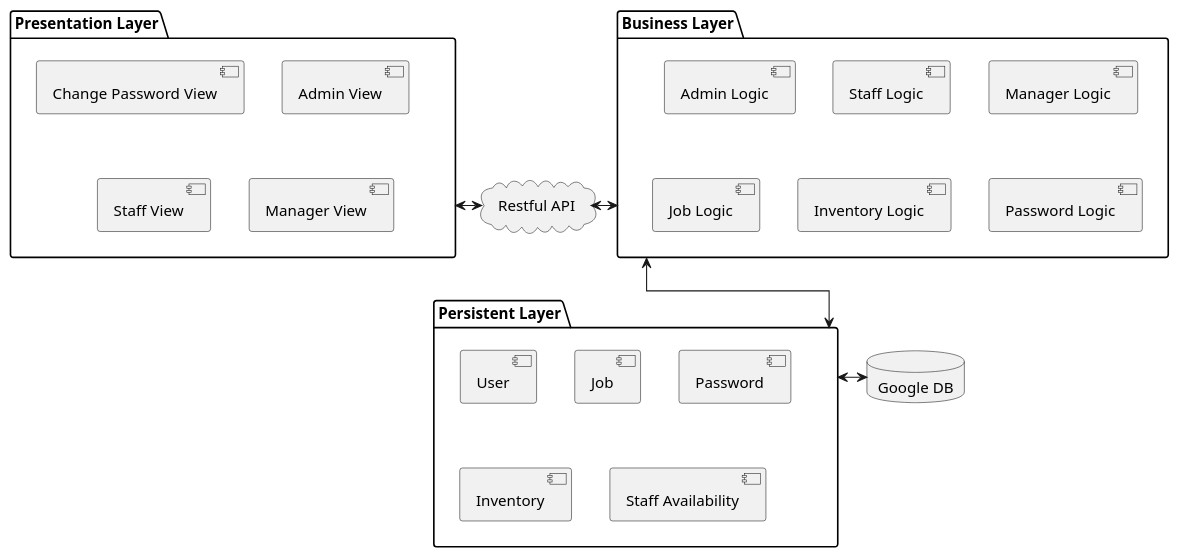
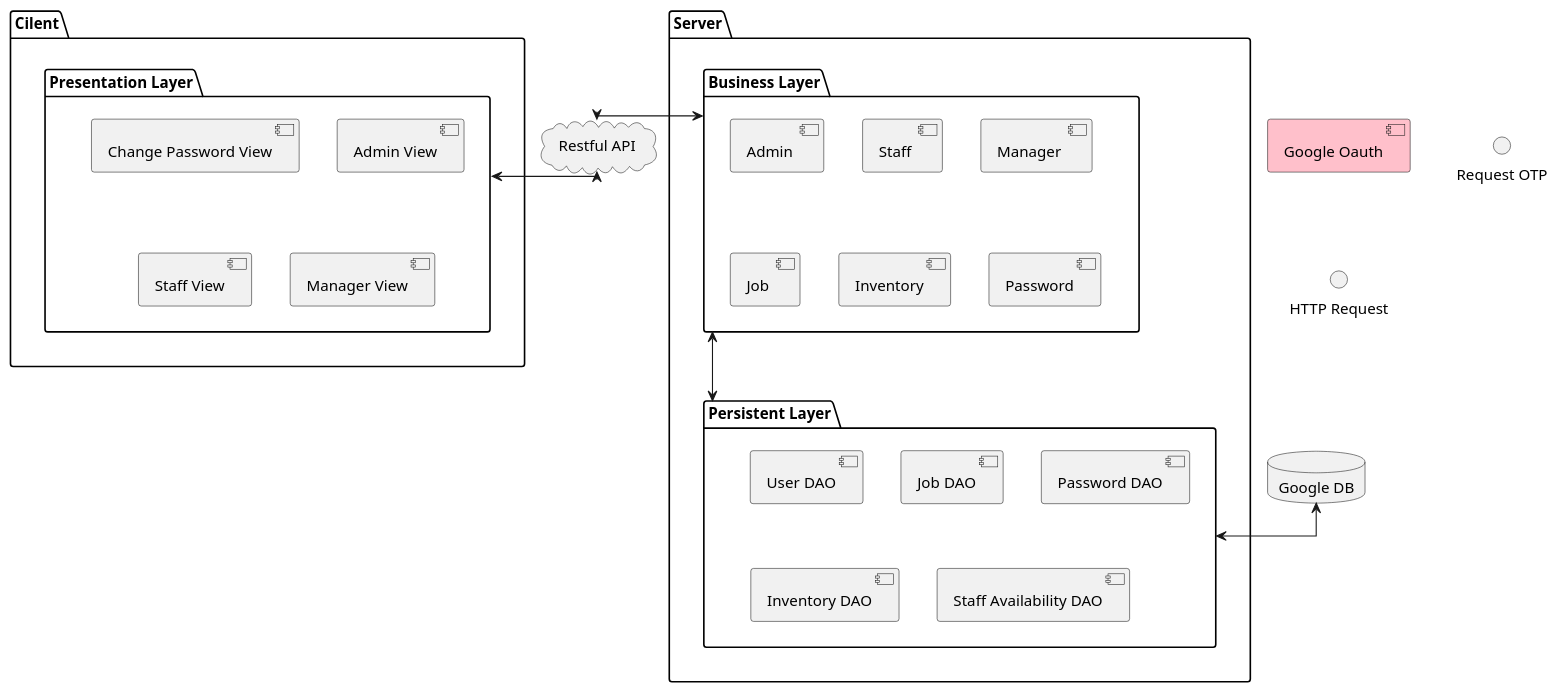
The diagram in 2101/M2Architechture.plantuml (tryhardlaijun/Y2Trim1SoftEngPlantUml), drawn with PlantUML before and after one commit. The commit also changed 1 other file, not shown here.

Commit message:
PlantUML For m2

```diff
--- a/2101/M2Architechture.plantuml
+++ b/2101/M2Architechture.plantuml
@@ -1,48 +1,60 @@
 @startuml
 skinparam classAttributeIconSize 0
 skinparam linetype ortho
 top to bottom direction
 
 
 'Declaring things
 database "Google DB" as db
+[Google Oauth] as Google #Pink
 
+package "Cilent" as Cilent{
+  package  "Presentation Layer"  as Presentation{
+    [Change Password View] as PasswordView
+    [Admin View] as AdminView
+    [Staff View] as StaffView
+    [Manager View] as ManagerView
 
-package  "Presentation Layer"  as Presentation{
-  [Change Password View] as PasswordView
-  [Admin View] as AdminView
-  [Staff View] as StaffView
-  [Manager View] as ManagerView
-
+  }
 }
 
-package  "Business Layer" as Business {
-  [Admin Logic] as AdminLogic
-  [Staff Logic] as StaffLogic
-  [Manager Logic] as ManagerLogic
-  [Job Logic] as JobLogic
-  [Inventory Logic] as InventoryLogic
-  [Password Logic] as PasswordLogic
+package "Server" as server{
+  package  "Business Layer" as Business {
+    [Admin ] as Admin
+    [Staff ] as Staff
+    [Manager ] as Manager
+    [Job ] as Job
+    [Inventory] as Inventory
+    [Password] as Password
 
-}
+  }
 
-package "Persistent Layer" as Persistent {
-  [User] as User
-  [Job] as Job
-  [Password] as Password
-  [Inventory] as Inventory
-  [Staff Availability] as StaffAvailability
+  package "Persistent Layer" as Persistent {
+    [User DAO] as UserDAO
+    [Job DAO] as JobDAO
+    [Password DAO] as PasswordDAO
+    [Inventory DAO] as InventoryDAO
+    [Staff Availability DAO] as StaffAvailabilityDAO
+
+  }
 
 }
 
 cloud "Restful API" as RestfulAPI{
 }
 
 
-Presentation <-d-> RestfulAPI
-Business <-d->  RestfulAPI
+Presentation <-r-> RestfulAPI
+RestfulAPI <-l->  Business
 Business <--->  Persistent
 
 Persistent <-> db
 
+
+Interface "Request OTP" as OTP
+Interface "HTTP Request" as HTTP
+
+'Google -- OTP
+'Password --( OTP
+
 @enduml
```
